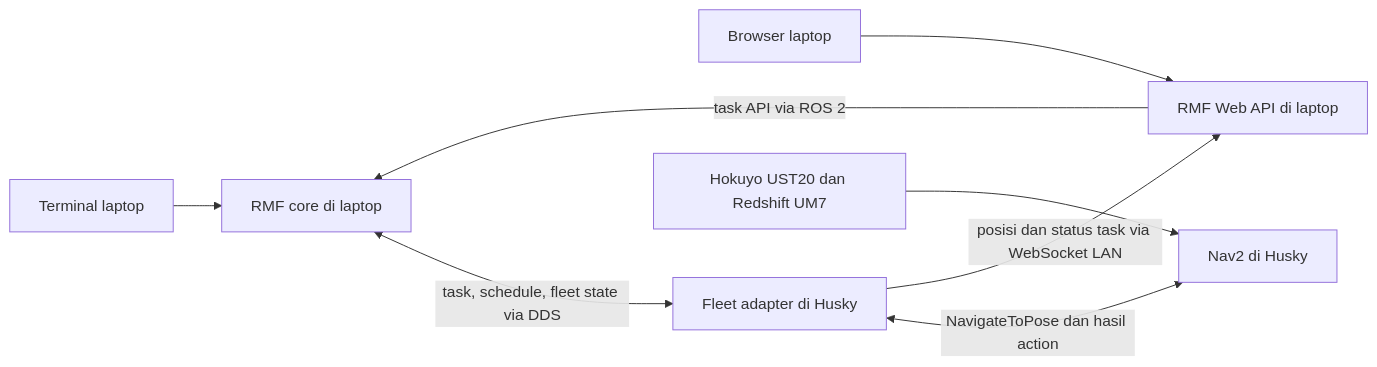
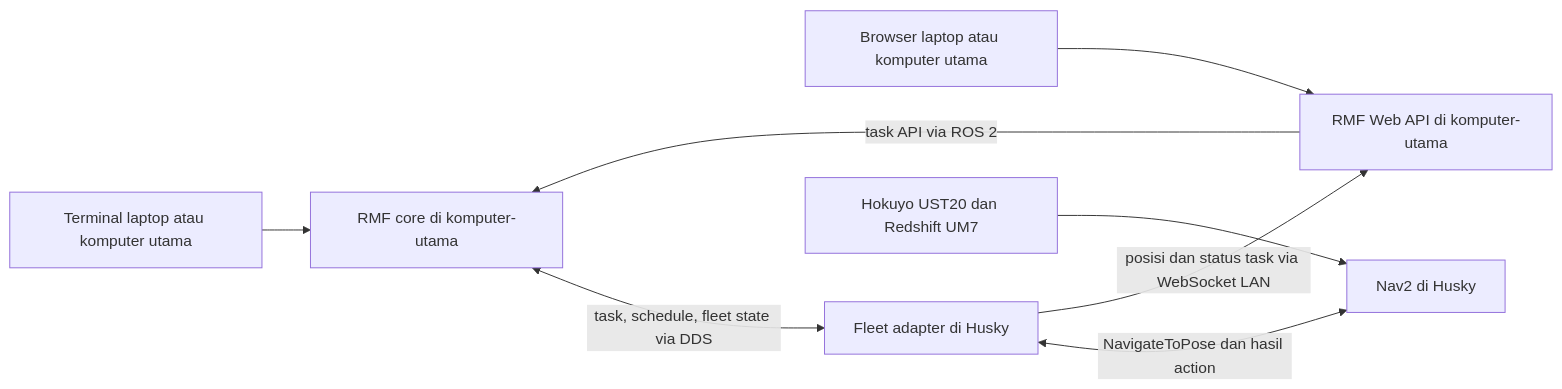
One commit to WizyMory/rmf-integration changed the diagram in README.md. Above: the diagram before and after it, drawn with Mermaid. The commit also changed other lines of this file and 82 other files, not shown here.

````diff
--- a/README.md
+++ b/README.md
@@ -14,10 +26,10 @@
 ```mermaid
 flowchart LR
-  CLI[Terminal laptop] --> RMF[RMF core di laptop]
-  Browser[Browser laptop] --> API[RMF Web API di laptop]
+  CLI[Terminal laptop atau komputer utama] --> RMF[RMF core di komputer-utama]
+  Browser[Browser laptop atau komputer utama] --> API[RMF Web API di komputer-utama]
   API -->|task API via ROS 2| RMF
   RMF <-->|task, schedule, fleet state via DDS| Adapter[Fleet adapter di Husky]
   Adapter <-->|NavigateToPose dan hasil action| Nav2[Nav2 di Husky]
   Adapter -->|posisi dan status task via WebSocket LAN| API
   Sensors[Hokuyo UST20 dan Redshift UM7] --> Nav2
 ```
````
